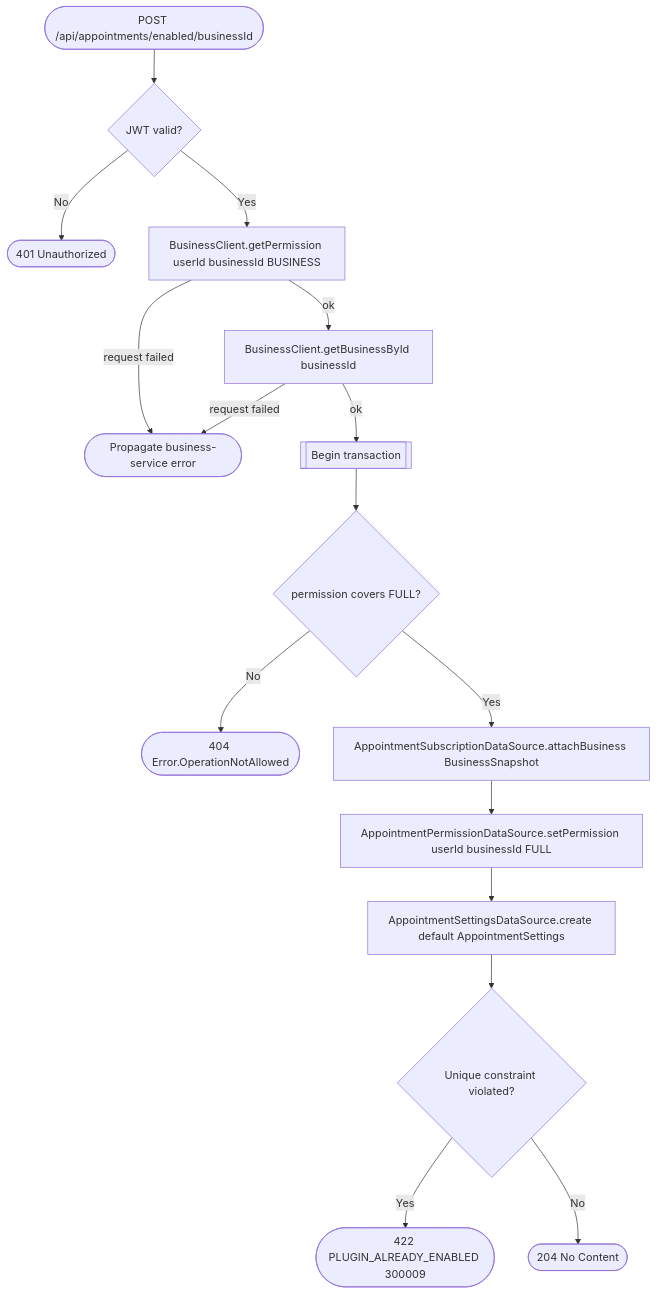
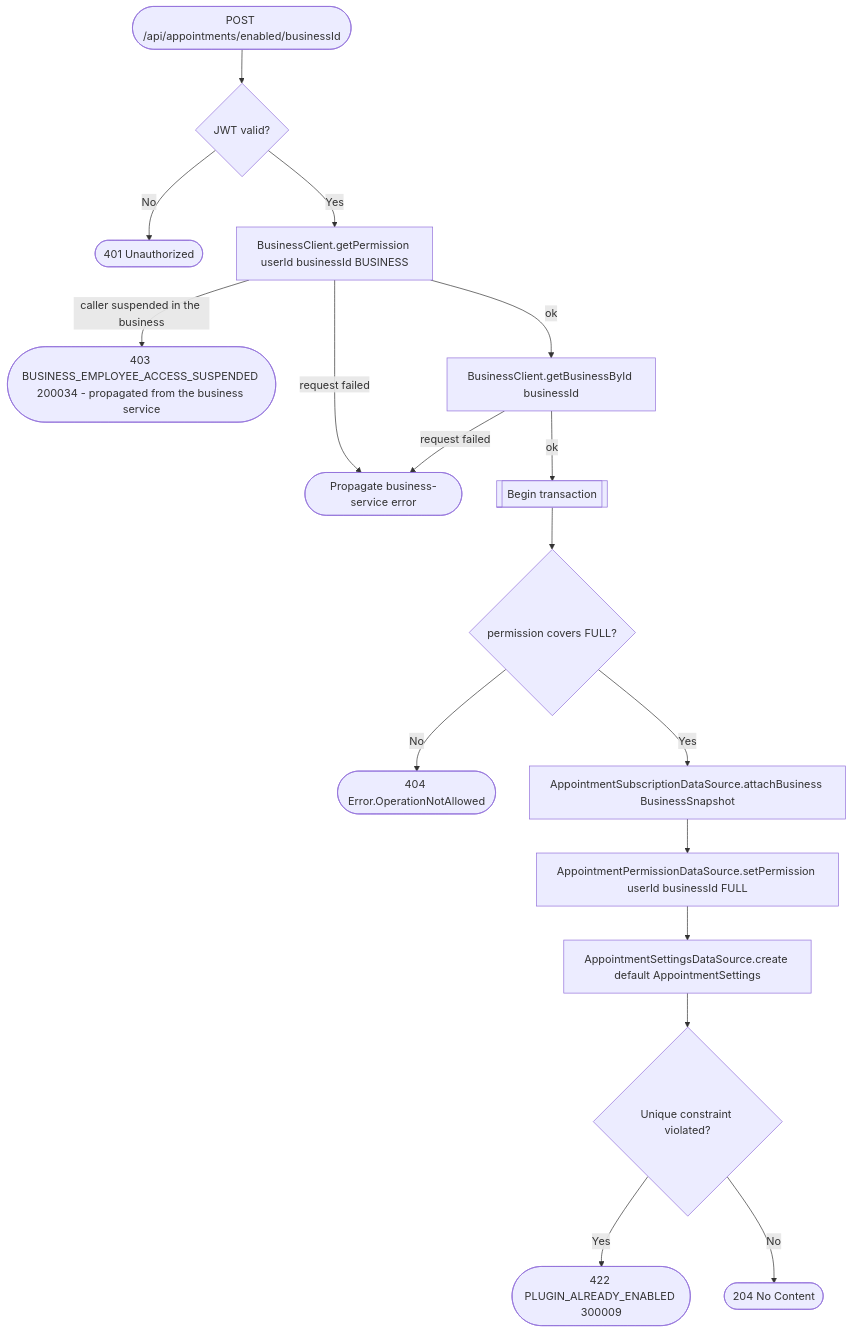
One commit to an22/bookk.me-backend changed the diagram in docs/operations/appointments/enable-appointments-for-business.md. Above: the diagram before and after it, drawn with Mermaid. The commit also changed 65 other files, not shown here.

````diff
--- a/docs/operations/appointments/enable-appointments-for-business.md
+++ b/docs/operations/appointments/enable-appointments-for-business.md
@@ -13,18 +13,19 @@
 ```mermaid
 flowchart TD
     Start([POST /api/appointments/enabled/businessId]) --> Auth{JWT valid?}
     Auth -- No --> R401([401 Unauthorized])
     Auth -- Yes --> GetPerm[BusinessClient.getPermission userId businessId BUSINESS]
     GetPerm -- request failed --> RErr([Propagate business-service error])
+    GetPerm -- caller suspended in the business --> R403s([403 BUSINESS_EMPLOYEE_ACCESS_SUSPENDED 200034 - propagated from the business service])
     GetPerm -- ok --> GetBiz[BusinessClient.getBusinessById businessId]
     GetBiz -- request failed --> RErr
     GetBiz -- ok --> Tx[[Begin transaction]]
     Tx --> AssertOwner{permission covers FULL?}
     AssertOwner -- No --> R404([404 Error.OperationNotAllowed])
     AssertOwner -- Yes --> Attach[AppointmentSubscriptionDataSource.attachBusiness BusinessSnapshot]
     Attach --> SetPerm[AppointmentPermissionDataSource.setPermission userId businessId FULL]
     SetPerm --> CreateSettings[AppointmentSettingsDataSource.create default AppointmentSettings]
     CreateSettings --> Constraint{Unique constraint violated?}
     Constraint -- Yes --> R422([422 PLUGIN_ALREADY_ENABLED 300009])
     Constraint -- No --> R204([204 No Content])
 ```
````
